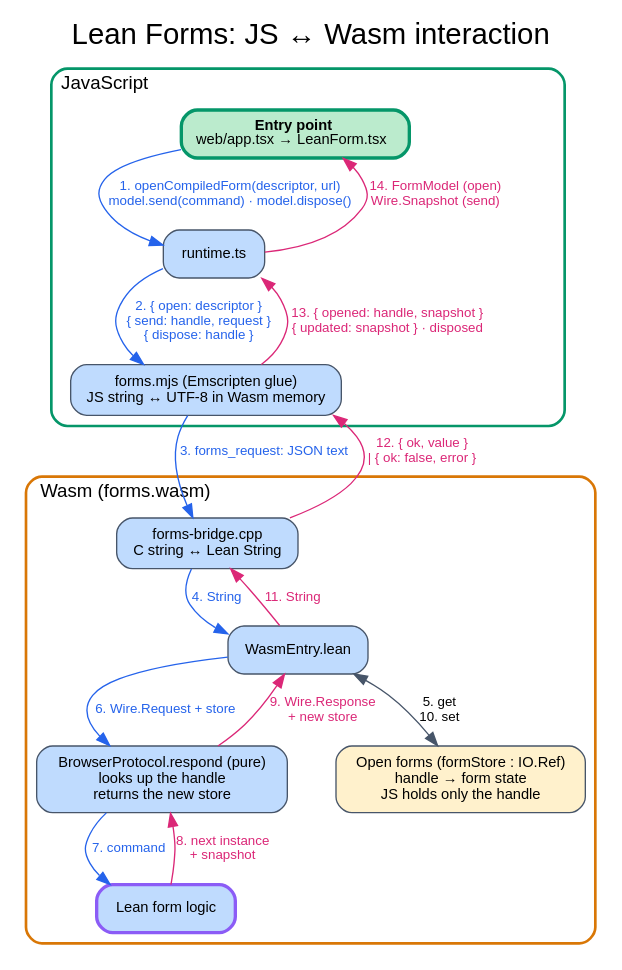
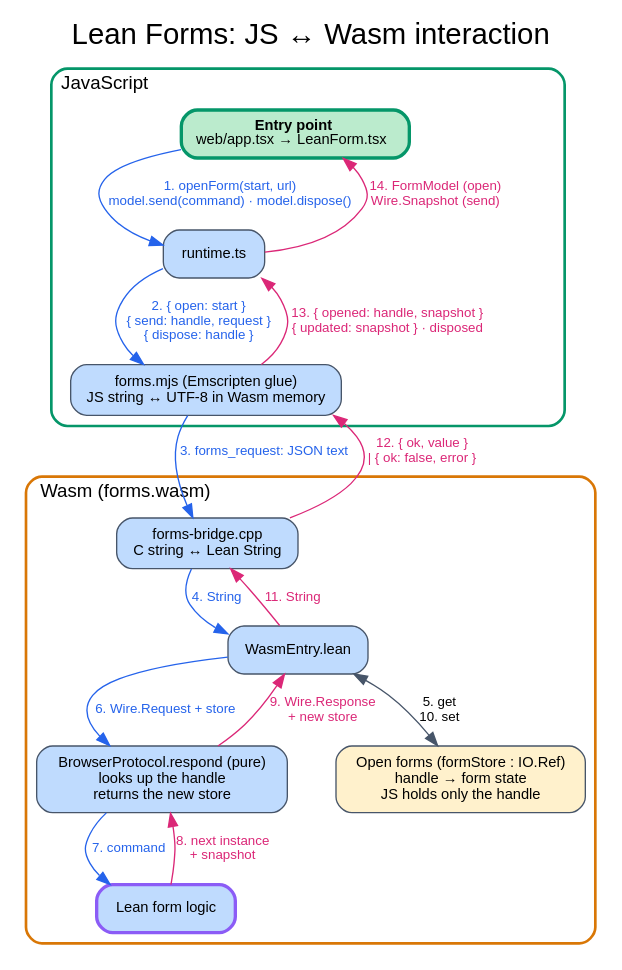
One commit to jan-blp/lean-forms changed the diagram in diagrams/wasm-interaction.dot. Above: the diagram before and after it, drawn with Graphviz. The commit also changed 38 other files, not shown here.

```diff
--- a/diagrams/wasm-interaction.dot
+++ b/diagrams/wasm-interaction.dot
@@ -1,50 +1,50 @@
-// Render PDF and SVG: make -C diagrams
+// Render PDF: make -C diagrams
 // JS ↔ Wasm boundary: one synchronous JSON call per request. Blue: request · pink: response.
 // Numbers: order of one `send` round trip; `open` inserts a new form, `dispose` erases one without form logic.
 // Omits loading and init: on first use of a module URL, runtime.ts `load` imports forms.mjs
 // (which fetches forms.wasm) and calls `_forms_init`, which initializes the Lean runtime and
 // modules and creates formStore.
 digraph WasmInteraction {
   graph [label="Lean Forms: JS ↔ Wasm interaction" labelloc=t fontsize=22
     fontname="sans-serif" rankdir=TB newrank=true nodesep=0.5 ranksep=0.45 bgcolor="white"];
   node [shape=box style="rounded,filled" fillcolor="#bfdbfe" color="#475569"
     fontname="sans-serif" fontsize=11 margin="0.15,0.10"];
   edge [color="#475569" fontname="sans-serif" fontsize=10];
 
   subgraph cluster_js {
     label="JavaScript";
     fontsize=14; labeljust=l; labelloc=t; color="#059669"; penwidth=2; style=rounded;
 
     app [label=<<B>Entry point</B><BR/>web/app.tsx → LeanForm.tsx> fillcolor="#bbebcd" color="#059669" penwidth=2.5];
     runtime [label="runtime.ts"];
     glue [label="forms.mjs (Emscripten glue)\nJS string ↔ UTF-8 in Wasm memory"];
 
-    app -> runtime [color="#2563eb" fontcolor="#2563eb" label="1. openCompiledForm(descriptor, url)\nmodel.send(command) · model.dispose()"];
+    app -> runtime [color="#2563eb" fontcolor="#2563eb" label="1. openForm(start, url)\nmodel.send(command) · model.dispose()"];
     app -> runtime [dir=back color="#db2777" fontcolor="#db2777" label="14. FormModel (open)\nWire.Snapshot (send)"];
-    runtime -> glue [color="#2563eb" fontcolor="#2563eb" label="2. { open: descriptor }\n{ send: handle, request }\n{ dispose: handle }"];
+    runtime -> glue [color="#2563eb" fontcolor="#2563eb" label="2. { open: start }\n{ send: handle, request }\n{ dispose: handle }"];
     runtime -> glue [dir=back color="#db2777" fontcolor="#db2777" label="13. { opened: handle, snapshot }\n{ updated: snapshot } · disposed"];
   }
 
   subgraph cluster_wasm {
     label="Wasm (forms.wasm)";
     fontsize=14; labeljust=l; labelloc=t; color="#d97706"; penwidth=2; style=rounded;
 
     bridge [label="forms-bridge.cpp\nC string ↔ Lean String"];
     export [label="WasmEntry.lean"];
     protocol [label="BrowserProtocol.respond (pure)\nlooks up the handle\nreturns the new store"];
     store [label="Open forms (formStore : IO.Ref)\nhandle → form state\nJS holds only the handle" fillcolor="#fff1cc"];
     form [label="Lean form logic" color="#8b5cf6" penwidth=2.5];
 
     bridge -> export [color="#2563eb" fontcolor="#2563eb" label="4. String"];
     bridge -> export [dir=back color="#db2777" fontcolor="#db2777" label="11. String"];
     export -> store [label="5. get\n10. set" dir=both];
     export -> protocol [color="#2563eb" fontcolor="#2563eb" label="6. Wire.Request + store"];
     export -> protocol [dir=back color="#db2777" fontcolor="#db2777" label="9. Wire.Response\n+ new store"];
     protocol -> form [color="#2563eb" fontcolor="#2563eb" label="7. command"];
     protocol -> form [dir=back color="#db2777" fontcolor="#db2777" label="8. next instance\n+ snapshot"];
     { rank=same; protocol; store; }
   }
 
   glue -> bridge [color="#2563eb" fontcolor="#2563eb" label="3. forms_request: JSON text"];
   glue -> bridge [dir=back color="#db2777" fontcolor="#db2777" label="12. { ok, value }\n| { ok: false, error }"];
 }
```
